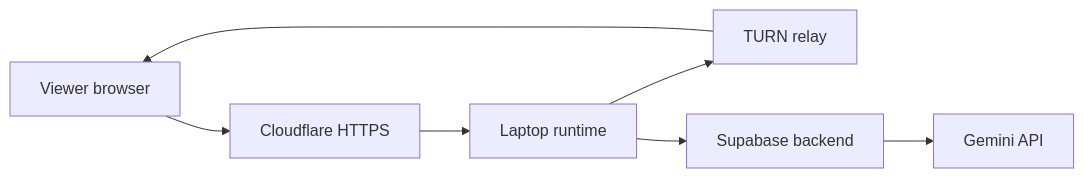
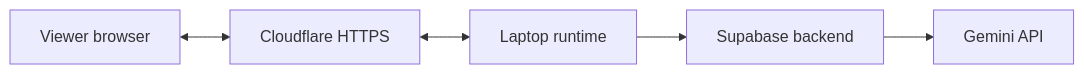
Before and after one commit to joeldsouzax/vast-hackathon: the diagram in docs/29-laptop-media-host.md, drawn with Mermaid. The commit also changed other lines of this file and 12 other files, not shown here.

Commit message:
Serve program video over HTTPS for laptop viewers

````diff
--- a/docs/29-laptop-media-host.md
+++ b/docs/29-laptop-media-host.md
@@ -8,9 +8,7 @@
 ```mermaid
 flowchart LR
-  Viewer[Viewer browser] --> Tunnel[Cloudflare HTTPS]
-  Tunnel --> Laptop[Laptop runtime]
-  Laptop --> TURN[TURN relay]
-  TURN --> Viewer
+  Viewer[Viewer browser] <--> Tunnel[Cloudflare HTTPS]
+  Tunnel <--> Laptop[Laptop runtime]
   Laptop --> Supabase[Supabase backend]
   Supabase --> Gemini[Gemini API]
 ```
````
